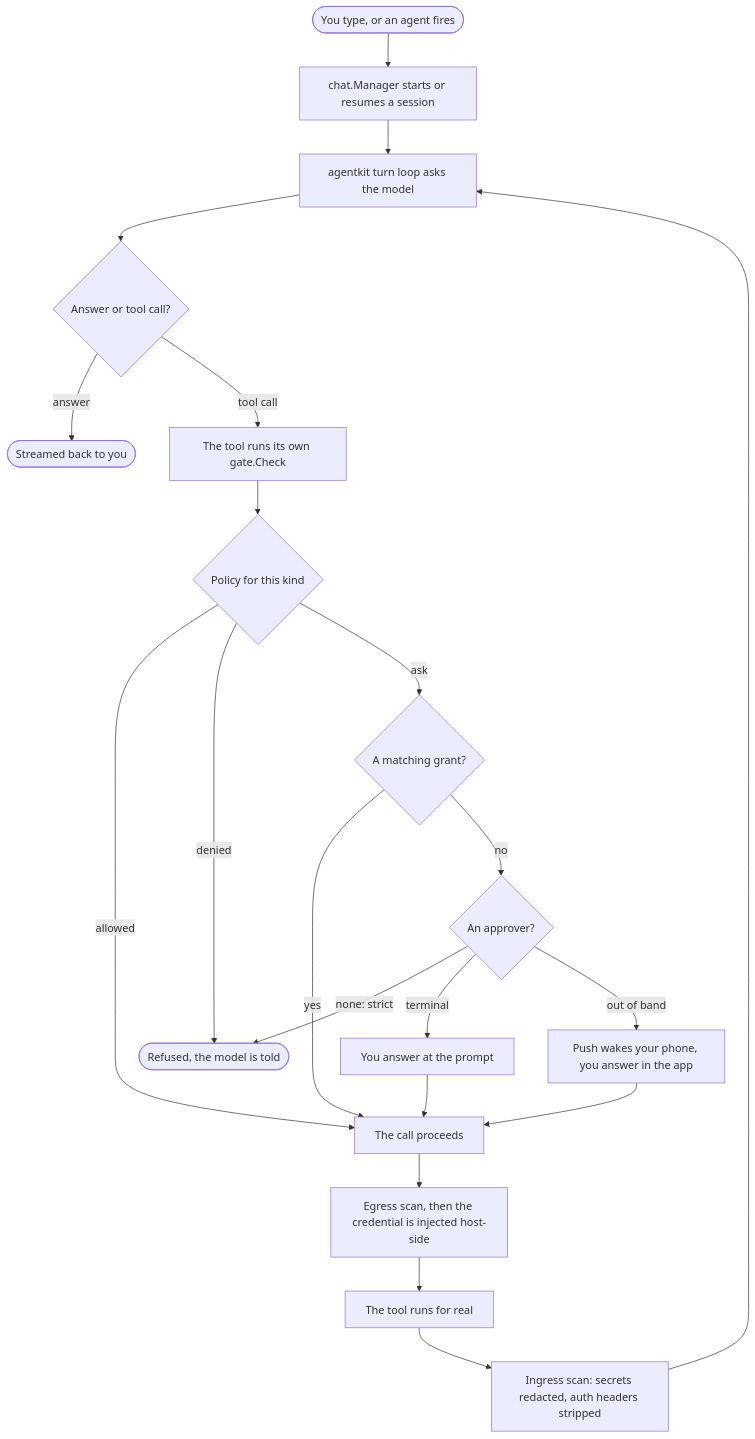
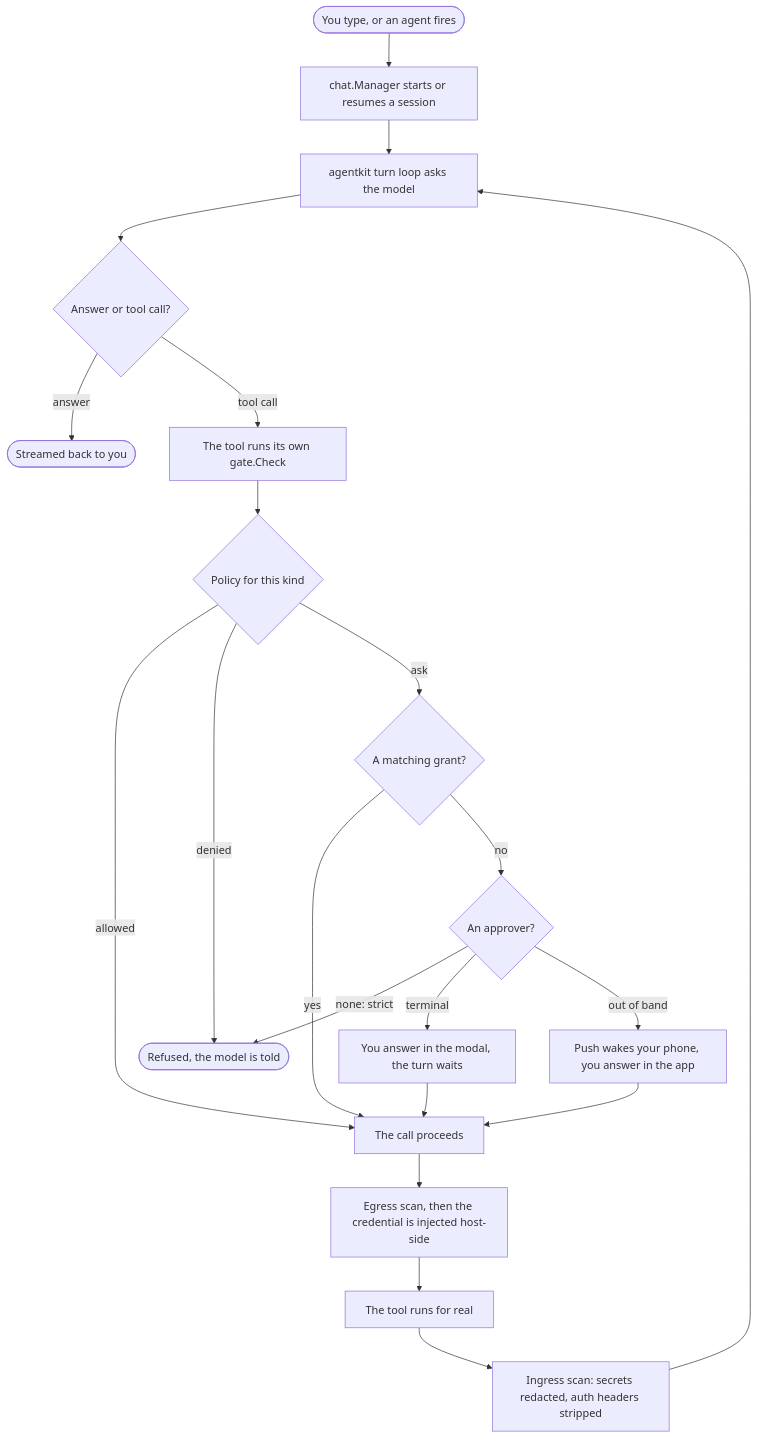
One commit to efuturetoday/nocturn changed the diagram in docs/src/content/docs/architecture/request-flow.md. Above: the diagram before and after it, drawn with Mermaid. The commit also changed 33 other files, not shown here.

````diff
--- a/docs/src/content/docs/architecture/request-flow.md
+++ b/docs/src/content/docs/architecture/request-flow.md
@@ -9,23 +9,23 @@
 ```mermaid
 flowchart TD
     A([You type, or an agent fires]) --> B[chat.Manager starts or resumes a session]
     B --> C[agentkit turn loop asks the model]
     C --> D{Answer or tool call?}
     D -->|answer| Z([Streamed back to you])
     D -->|tool call| E[The tool runs its own gate.Check]
     E --> F{Policy for this kind}
     F -->|allowed| J[The call proceeds]
     F -->|denied| X([Refused, the model is told])
     F -->|ask| G{A matching grant?}
     G -->|yes| J
     G -->|no| H{An approver?}
     H -->|none: strict| X
-    H -->|terminal| I[You answer at the prompt]
+    H -->|terminal| I[You answer in the modal, the turn waits]
     H -->|out of band| I2[Push wakes your phone, you answer in the app]
     I --> J
     I2 --> J
     J --> K[Egress scan, then the credential is injected host-side]
     K --> L[The tool runs for real]
     L --> M[Ingress scan: secrets redacted, auth headers stripped]
     M --> C
 ```
````
